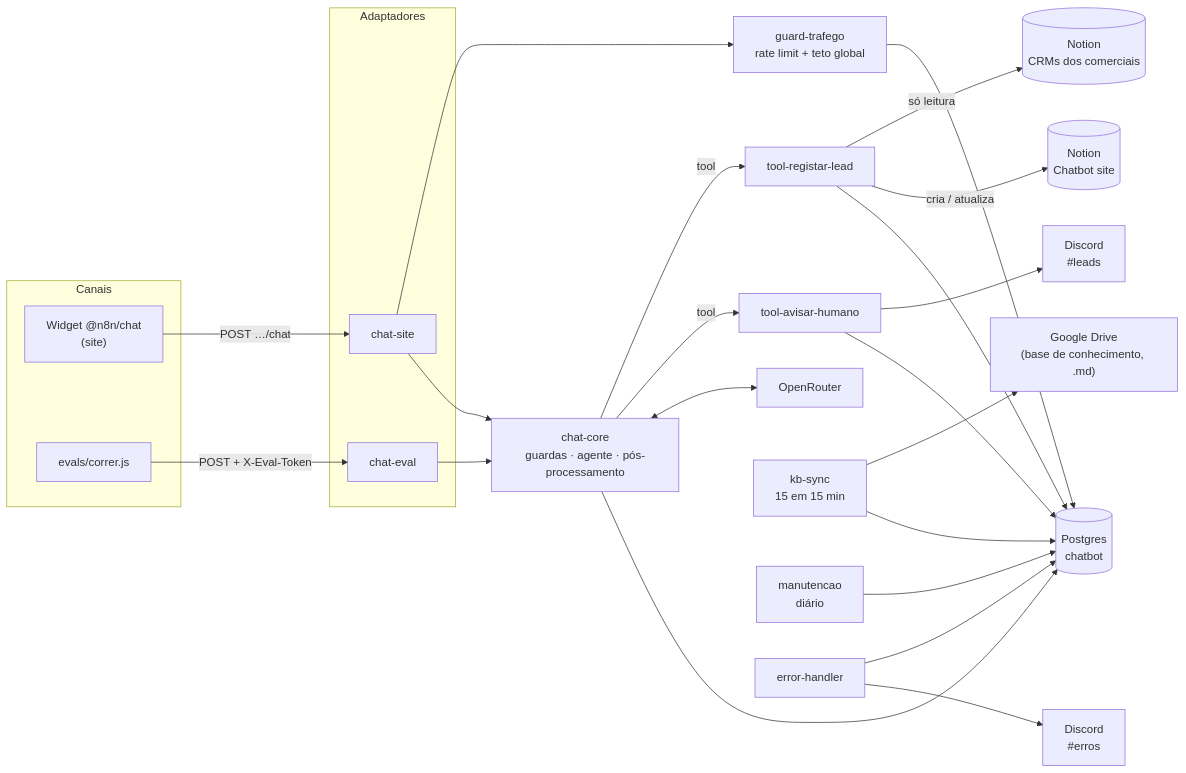
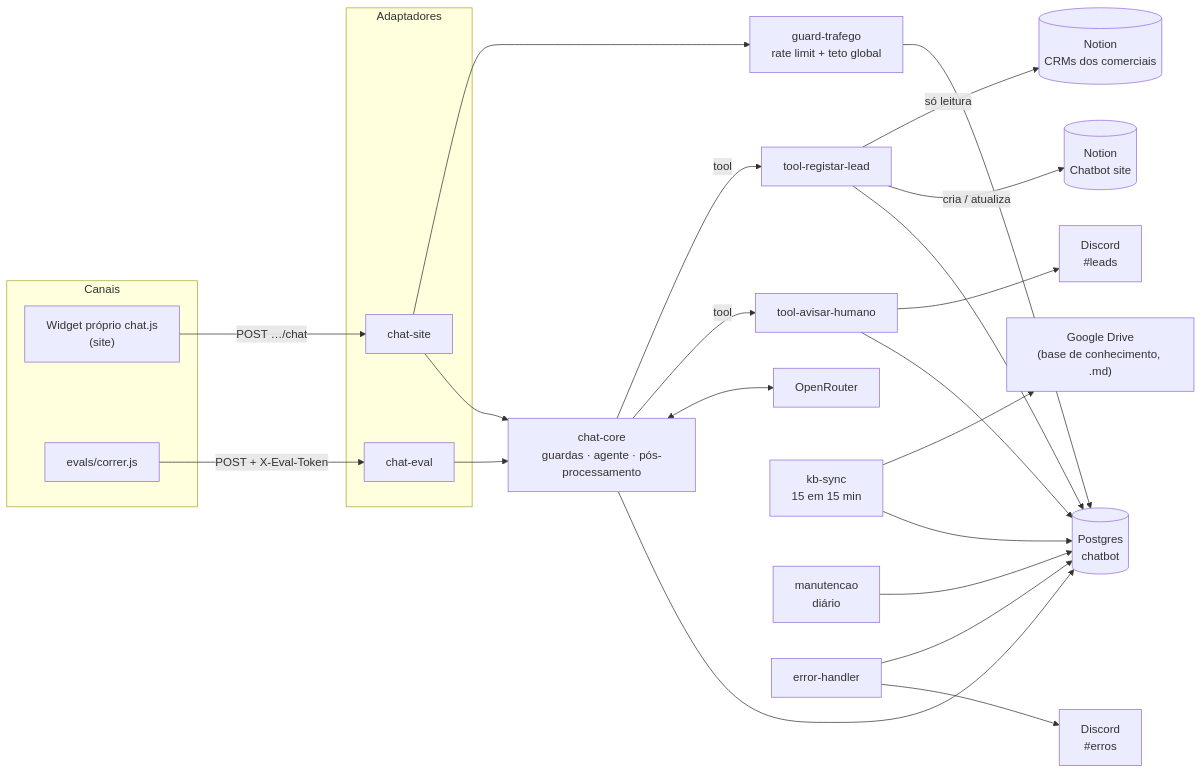
Before and after one commit to franciscoaraujo23/n8n-ai-sales-chatbot: the first of 2 diagrams in docs/ARCHITECTURE.md, drawn with Mermaid. The commit also changed other lines of this file and 1 other file, not shown here.

Commit message:
Update docs for the custom widget

````diff
--- a/docs/ARCHITECTURE.md
+++ b/docs/ARCHITECTURE.md
@@ -9,41 +9,41 @@
 ```mermaid
 flowchart LR
   subgraph Canais
-    W["Widget @n8n/chat<br/>(site)"]
+    W["Widget próprio chat.js<br/>(site)"]
     R["evals/correr.js"]
   end
 
   subgraph Adaptadores
     CS["chat-site"]
     CE["chat-eval"]
   end
 
   W -- "POST …/chat" --> CS
   R -- "POST + X-Eval-Token" --> CE
 
   CS --> GT["guard-trafego<br/>rate limit + teto global"]
   CS --> CC
   CE --> CC["chat-core<br/>guardas · agente · pós-processamento"]
 
   CC -- "tool" --> TRL["tool-registar-lead"]
   CC -- "tool" --> TAH["tool-avisar-humano"]
   CC <--> LLM["OpenRouter"]
 
   TRL -- "só leitura" --> CRM[("Notion<br/>CRMs dos comerciais")]
   TRL -- "cria / atualiza" --> NCS[("Notion<br/>Chatbot site")]
   TAH --> DL["Discord<br/>#leads"]
 
   KB["kb-sync<br/>15 em 15 min"] --> GD["Google Drive<br/>(base de conhecimento, .md)"]
   MAN["manutencao<br/>diário"]
 
   PG[("Postgres<br/>chatbot")]
   GT --> PG
   CC --> PG
   TRL --> PG
   TAH --> PG
   KB --> PG
   MAN --> PG
 
   EH["error-handler"] --> PG
   EH --> DE["Discord<br/>#erros"]
 ```
````
